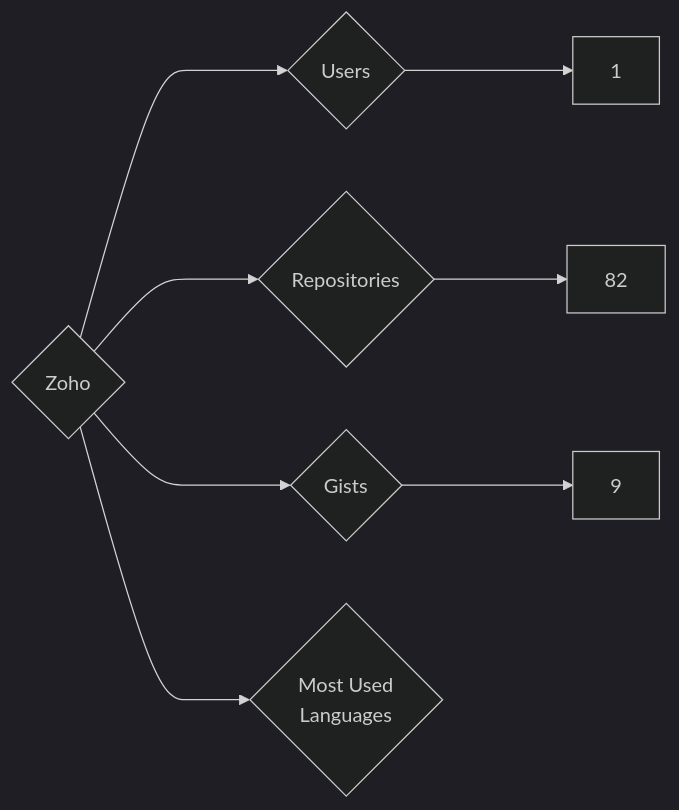
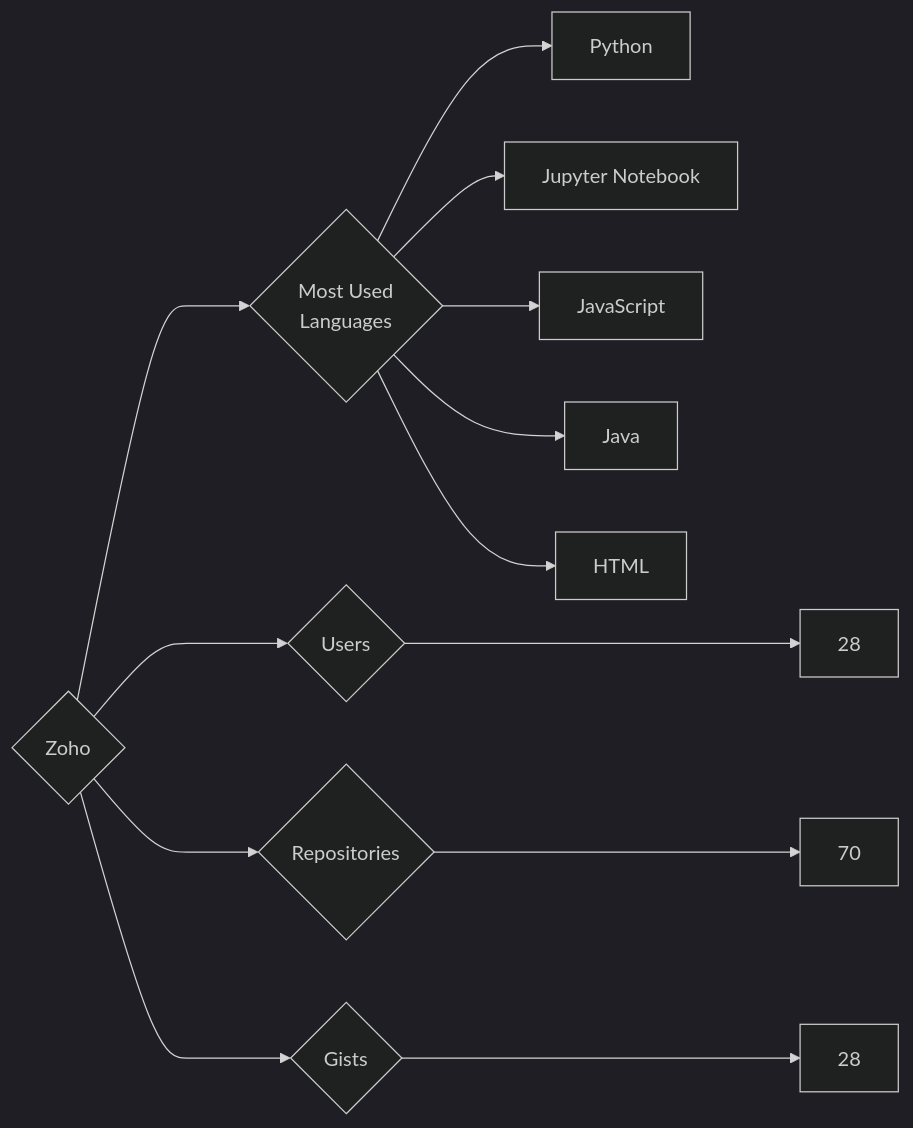
The diagram in targets/Zoho/README.md (trickest/insiders), drawn with Mermaid (dark theme) before and after one commit. The commit also changed 1011 other files, not shown here.

````diff
--- a/targets/Zoho/README.md
+++ b/targets/Zoho/README.md
@@ -3,8 +3,13 @@
 ```mermaid
 graph LR
 COMPANY_NAME{Zoho}
-COMPANY_NAME ---> U{Users} ---> UN[1]
-COMPANY_NAME ---> R{Repositories} ---> RN[82]
-COMPANY_NAME ---> G{Gists} ---> GN[9]
+COMPANY_NAME ---> U{Users} ---> UN[28]
+COMPANY_NAME ---> R{Repositories} ---> RN[70]
+COMPANY_NAME ---> G{Gists} ---> GN[28]
 COMPANY_NAME ---> ML{Most Used<br>Languages}
+ML --> Python[Python]
+ML --> Jupyter_Notebook[Jupyter Notebook]
+ML --> JavaScript[JavaScript]
+ML --> Java[Java]
+ML --> HTML[HTML]
 ```
````
